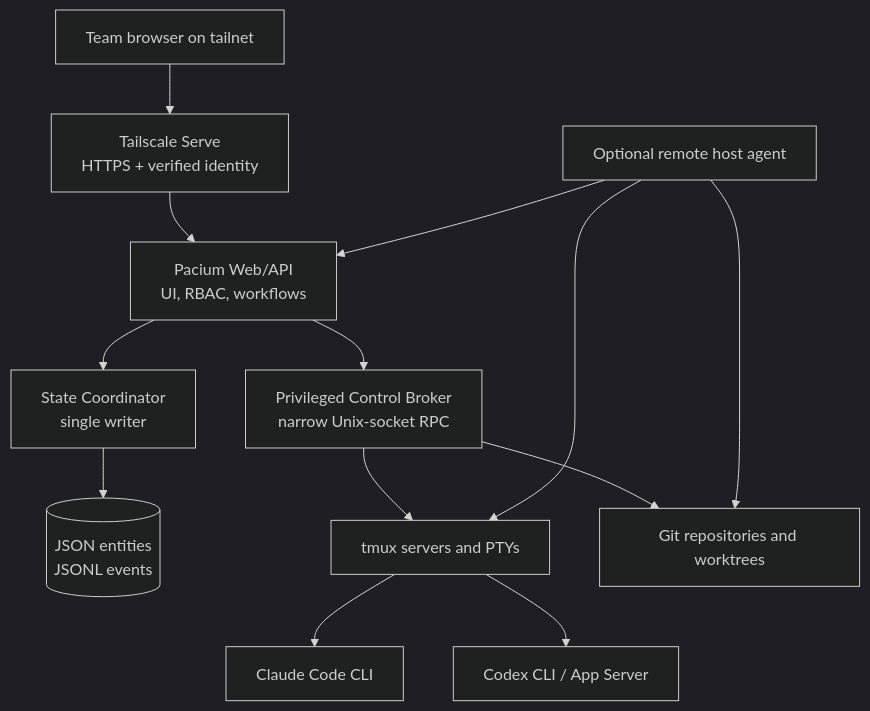
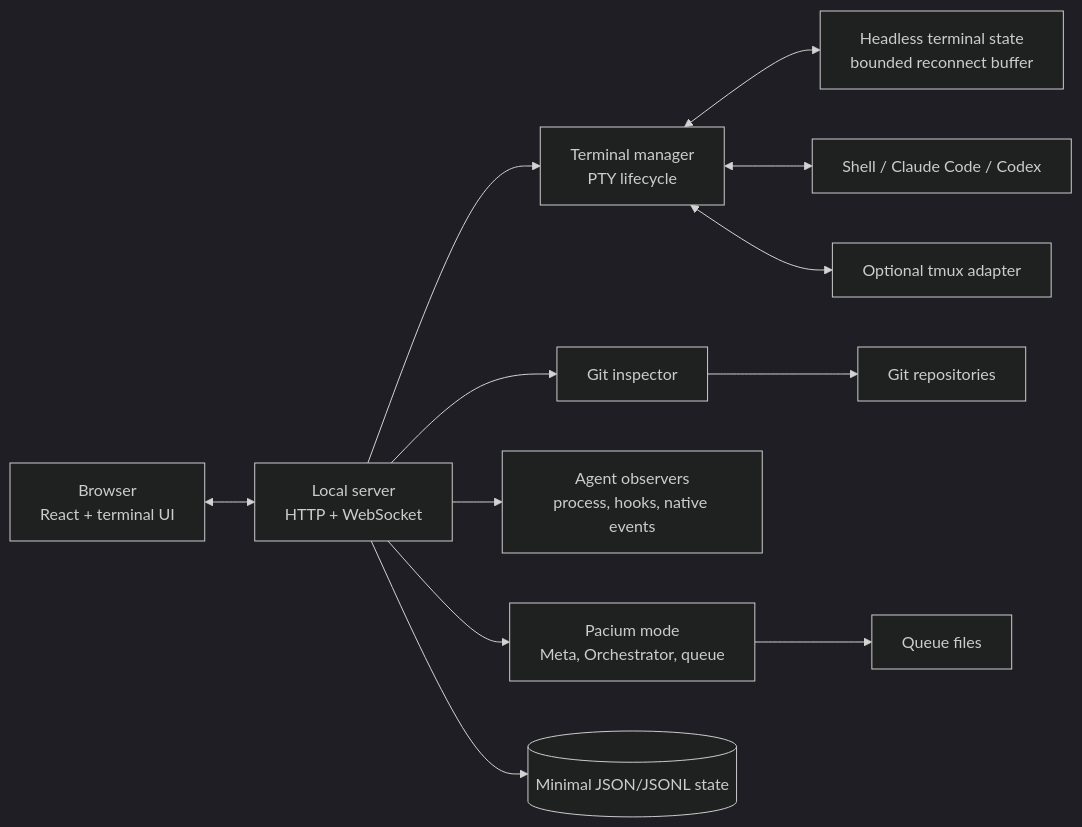
The diagram in ARCHITECTURE.md (felixlaga/Pacium-Control), drawn with Mermaid (dark theme) before and after one commit. The commit also changed other lines of this file and 161 other files, not shown here.

First line of the commit message:
feat: establish local terminal workspace

````diff
--- a/ARCHITECTURE.md
+++ b/ARCHITECTURE.md
@@ -11,25 +9,25 @@
 ```mermaid
-flowchart TB
-    U[Team browser on tailnet]
-    TS[Tailscale Serve<br/>HTTPS + verified identity]
-    WEB[Pacium Web/API<br/>UI, RBAC, workflows]
-    STATE[State Coordinator<br/>single writer]
-    FS[(JSON entities<br/>JSONL events)]
-    BROKER[Privileged Control Broker<br/>narrow Unix-socket RPC]
-    TMUX[tmux servers and PTYs]
-    CLAUDE[Claude Code CLI]
-    CODEX[Codex CLI / App Server]
-    GIT[Git repositories and worktrees]
-    HOST[Optional remote host agent]
+flowchart LR
+    B[Browser<br/>React + terminal UI]
+    S[Local server<br/>HTTP + WebSocket]
+    T[Terminal manager<br/>PTY lifecycle]
+    H[Headless terminal state<br/>bounded reconnect buffer]
+    G[Git inspector]
+    O[Agent observers<br/>process, hooks, native events]
+    P[Pacium mode<br/>Meta, Orchestrator, queue]
+    F[(Minimal JSON/JSONL state)]
+    PTY[Shell / Claude Code / Codex]
+    TMUX[Optional tmux adapter]
+    REPO[Git repositories]
+    Q[Queue files]
 
-    U --> TS --> WEB
-    WEB --> STATE --> FS
-    WEB --> BROKER
-    BROKER --> TMUX
-    TMUX --> CLAUDE
-    TMUX --> CODEX
-    BROKER --> GIT
-    HOST --> WEB
-    HOST --> TMUX
-    HOST --> GIT
+    B <--> S
+    S --> T
+    T <--> H
+    T <--> PTY
+    T <--> TMUX
+    S --> G --> REPO
+    S --> O
+    S --> P --> Q
+    S --> F
 ```
````
